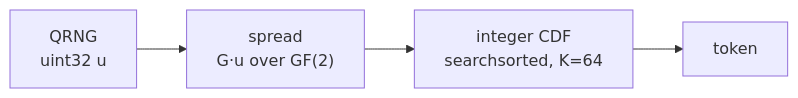
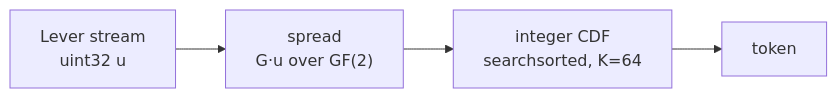
One commit to dnhkng/dnhkng.github.io changed the fourth of 4 diagrams in _drafts/2026-05-10-quantum_openclaw.md. Above: the diagram before and after it, drawn with Mermaid. The commit also changed other lines of this file, not shown here.

````diff
--- a/_drafts/2026-05-10-quantum_openclaw.md
+++ b/_drafts/2026-05-10-quantum_openclaw.md
@@ -726,6 +728,6 @@
 ```mermaid
 flowchart LR
-    A["QRNG<br/>uint32 u"] --> B["spread<br/>G·u over GF(2)"]
+    A["Lever stream<br/>uint32 u"] --> B["spread<br/>G·u over GF(2)"]
     B --> C["integer CDF<br/>searchsorted, K=64"]
     C --> D["token"]
 ```
````
